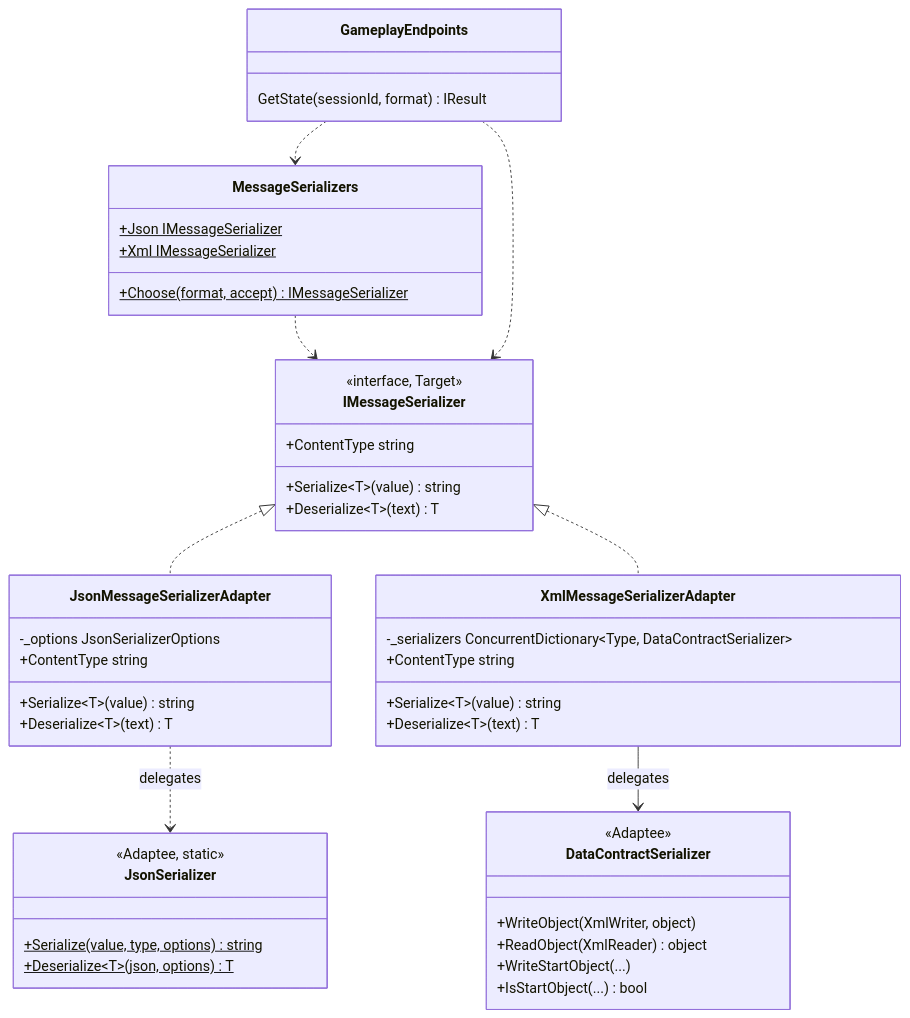
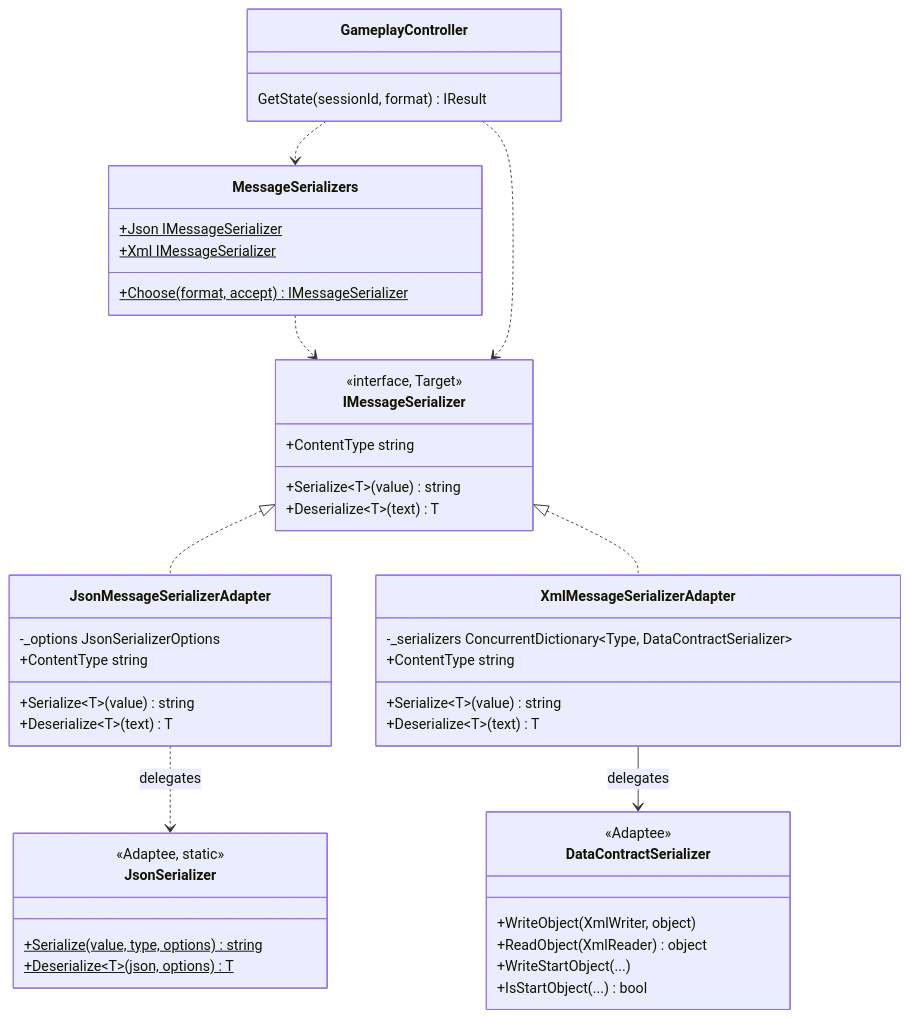
Before and after one commit to YoBoyJonas/OPP: the second of 2 diagrams in docs/patterns/Adapter.md, drawn with Mermaid. The commit also changed other lines of this file and 29 other files, not shown here.

````diff
--- a/docs/patterns/Adapter.md
+++ b/docs/patterns/Adapter.md
@@ -52,48 +52,48 @@
 ```mermaid
 classDiagram
     class IMessageSerializer {
         <<interface, Target>>
         +ContentType string
         +Serialize~T~(value) string
         +Deserialize~T~(text) T
     }
     class JsonMessageSerializerAdapter {
         -_options JsonSerializerOptions
         +ContentType string
         +Serialize~T~(value) string
         +Deserialize~T~(text) T
     }
     class XmlMessageSerializerAdapter {
         -_serializers ConcurrentDictionary~Type, DataContractSerializer~
         +ContentType string
         +Serialize~T~(value) string
         +Deserialize~T~(text) T
     }
     class JsonSerializer {
         <<Adaptee, static>>
         +Serialize(value, type, options) string$
         +Deserialize~T~(json, options) T$
     }
     class DataContractSerializer {
         <<Adaptee>>
         +WriteObject(XmlWriter, object)
         +ReadObject(XmlReader) object
         +WriteStartObject(...)
         +IsStartObject(...) bool
     }
     class MessageSerializers {
         +Json IMessageSerializer$
         +Xml IMessageSerializer$
         +Choose(format, accept) IMessageSerializer$
     }
-    class GameplayEndpoints {
+    class GameplayController {
         GetState(sessionId, format) IResult
     }
     IMessageSerializer <|.. JsonMessageSerializerAdapter
     IMessageSerializer <|.. XmlMessageSerializerAdapter
     JsonMessageSerializerAdapter ..> JsonSerializer : delegates
     XmlMessageSerializerAdapter --> DataContractSerializer : delegates
     MessageSerializers ..> IMessageSerializer
-    GameplayEndpoints ..> MessageSerializers
-    GameplayEndpoints ..> IMessageSerializer
+    GameplayController ..> MessageSerializers
+    GameplayController ..> IMessageSerializer
 ```
````
